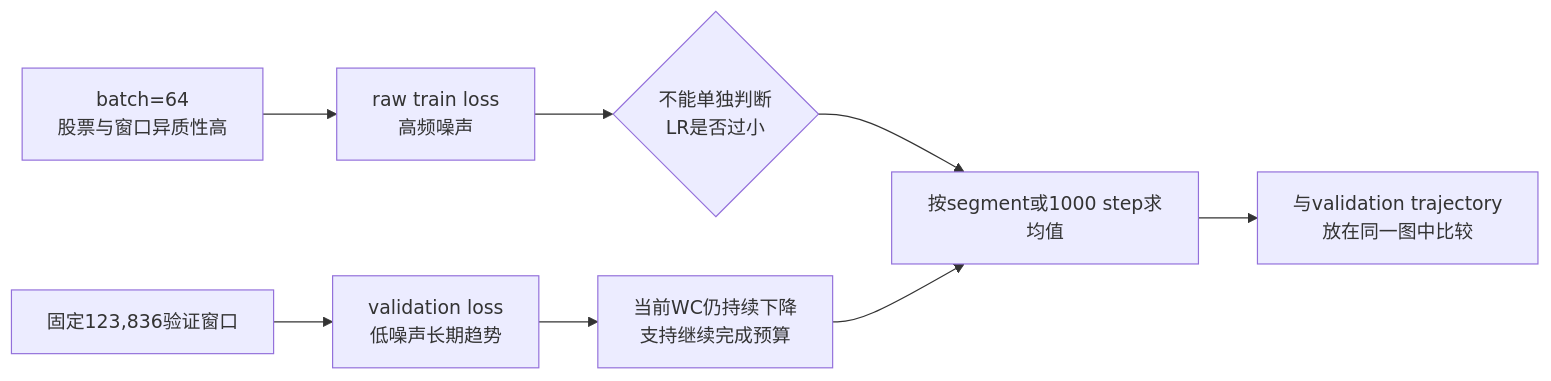
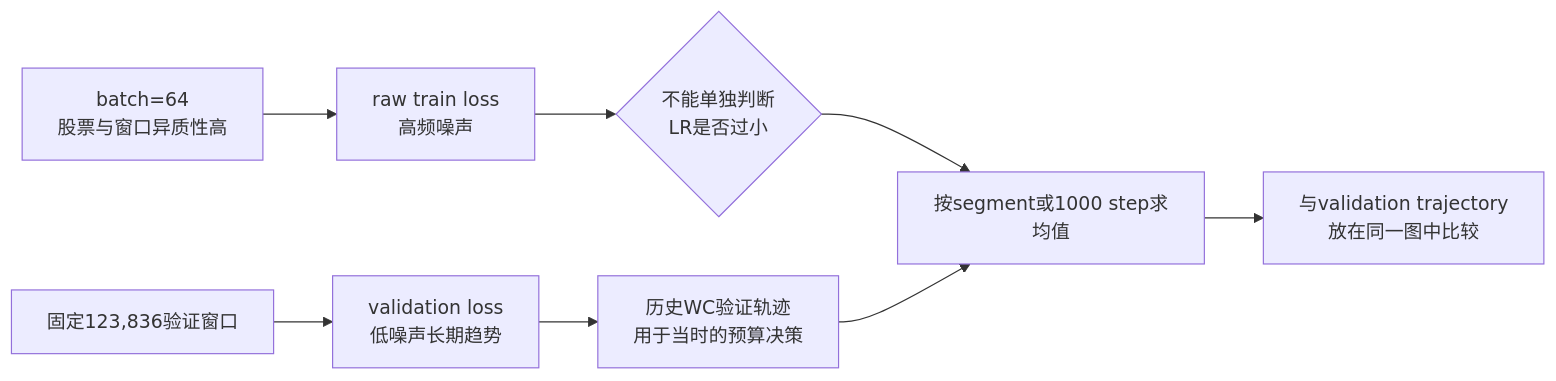
One commit to luckfu/Kronos changed diagram 13 of 15 in finetune/SMALL_0_1_MODEL_AND_TRAINING_TECHNICAL_REPORT_CN.md. Above: the diagram before and after it, drawn with Mermaid. The commit also changed other lines of this file and 6 other files, not shown here.

````diff
--- a/finetune/SMALL_0_1_MODEL_AND_TRAINING_TECHNICAL_REPORT_CN.md
+++ b/finetune/SMALL_0_1_MODEL_AND_TRAINING_TECHNICAL_REPORT_CN.md
@@ -560,10 +813,10 @@
 ```mermaid
 flowchart LR
     B[batch=64<br/>股票与窗口异质性高] --> N[raw train loss<br/>高频噪声]
     V[固定123,836验证窗口] --> S[validation loss<br/>低噪声长期趋势]
     N --> Q{不能单独判断<br/>LR是否过小}
-    S --> Q2[当前WC仍持续下降<br/>支持继续完成预算]
+    S --> Q2[历史WC验证轨迹<br/>用于当时的预算决策]
     Q --> A[按segment或1000 step求均值]
     Q2 --> A
     A --> C[与validation trajectory<br/>放在同一图中比较]
 ```
````
